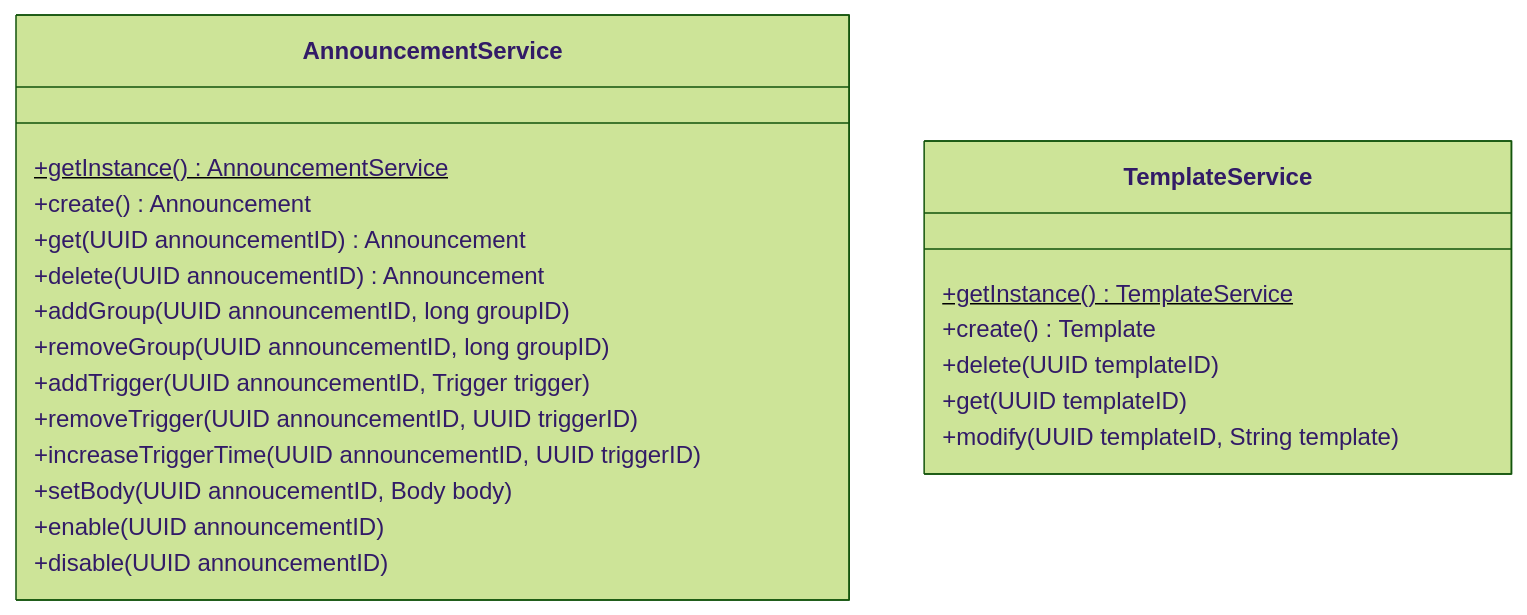
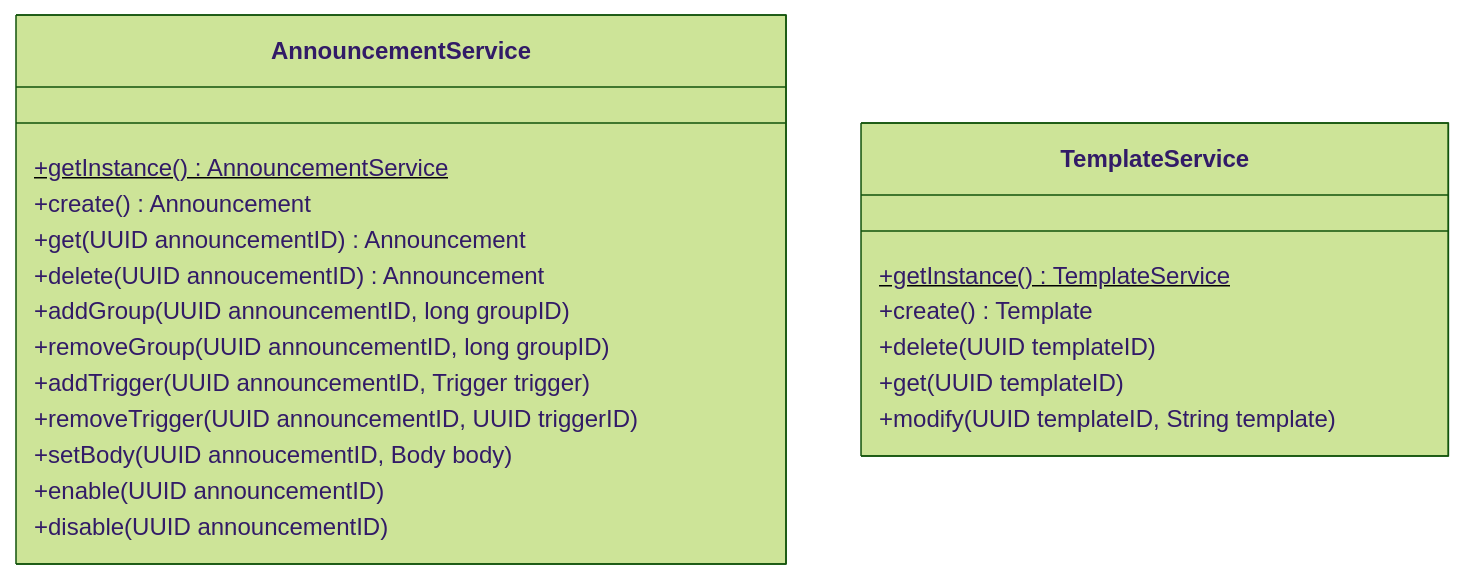
One commit to nanoyou/MaidNana changed the third of 3 diagrams in docs/class-diagram.md. Above: the diagram before and after it, drawn with Mermaid (forest theme). The commit also changed other lines of this file, not shown here.

Commit message:
doc: 优化 Trigger 结构

````diff
--- a/docs/class-diagram.md
+++ b/docs/class-diagram.md
@@ -86,26 +62,25 @@
 ```mermaid
 classDiagram
 class AnnouncementService {
     +getInstance()$ AnnouncementService
     
     +create() Announcement
     +get(UUID announcementID) Announcement
     +delete(UUID annoucementID) Announcement
     +addGroup(UUID announcementID, long groupID)
     +removeGroup(UUID announcementID, long groupID)
     +addTrigger(UUID announcementID, Trigger trigger)
     +removeTrigger(UUID announcementID, UUID triggerID)
-    +increaseTriggerTime(UUID announcementID, UUID triggerID)
     +setBody(UUID annoucementID, Body body)
     +enable(UUID announcementID)
     +disable(UUID announcementID)
 }
 class TemplateService {
     +getInstance()$ TemplateService
     
     +create() Template
     +delete(UUID templateID)
     +get(UUID templateID)
     +modify(UUID templateID, String template)
 }
 ```
````
